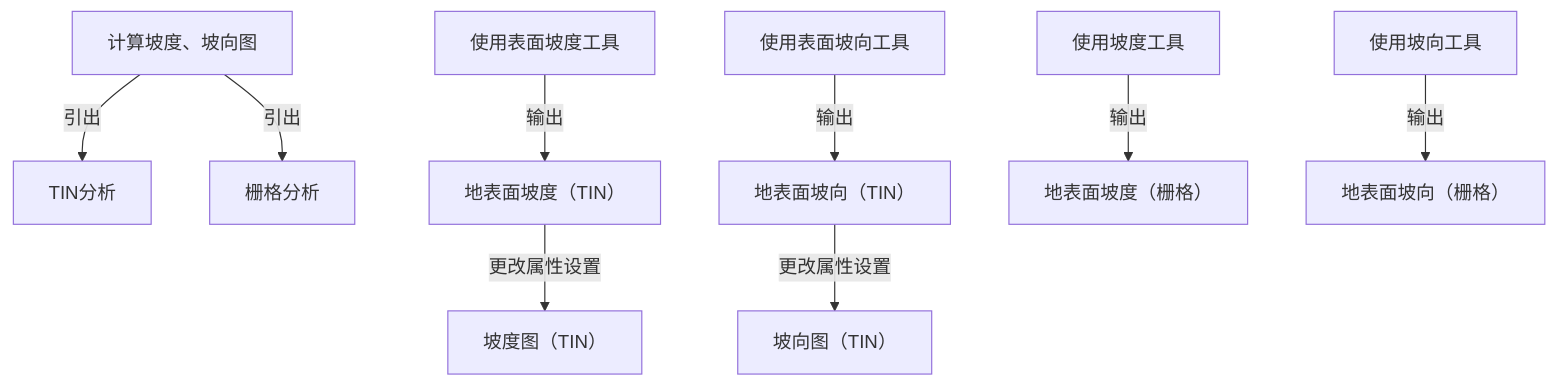
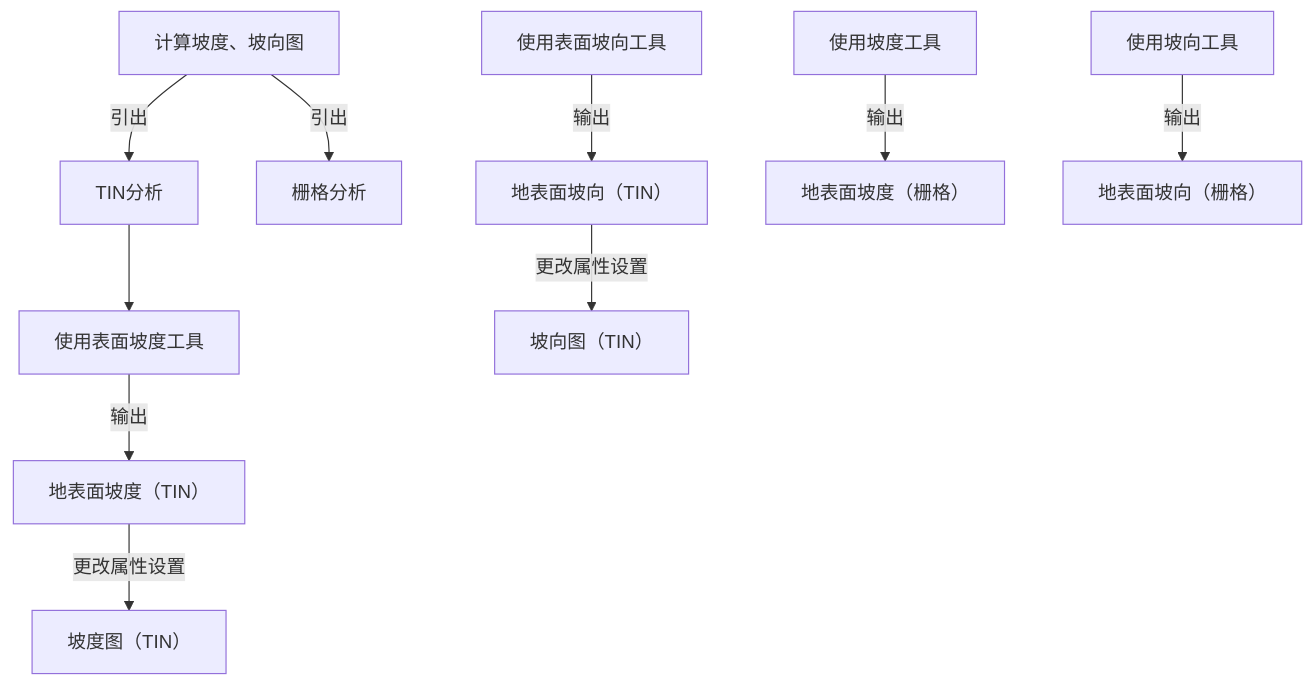
One commit to newguser/iodraw-files changed the diagram in all/未命名.md. Above: the diagram before and after it, drawn with Mermaid.

Commit message:
2025-02-27 22:11:20 update

````diff
--- a/all/未命名.md
+++ b/all/未命名.md
@@ -1,14 +1,14 @@
 ```mermaid
 graph TD
     A[计算坡度、坡向图] -->|引出| B[TIN分析]
     A -->|引出| C[栅格分析]
-    
+    B[TIN分析]-->
         B1[使用表面坡度工具] -->|输出| B2[地表面坡度（TIN）]
         B2 -->|更改属性设置| B3[坡度图（TIN）]
         B4[使用表面坡向工具] -->|输出| B5[地表面坡向（TIN）]
         B5 -->|更改属性设置| B6[坡向图（TIN）]
 
         C1[使用坡度工具] -->|输出| C2[地表面坡度（栅格）]
         C3[使用坡向工具] -->|输出| C4[地表面坡向（栅格）]
 
 ```
````
